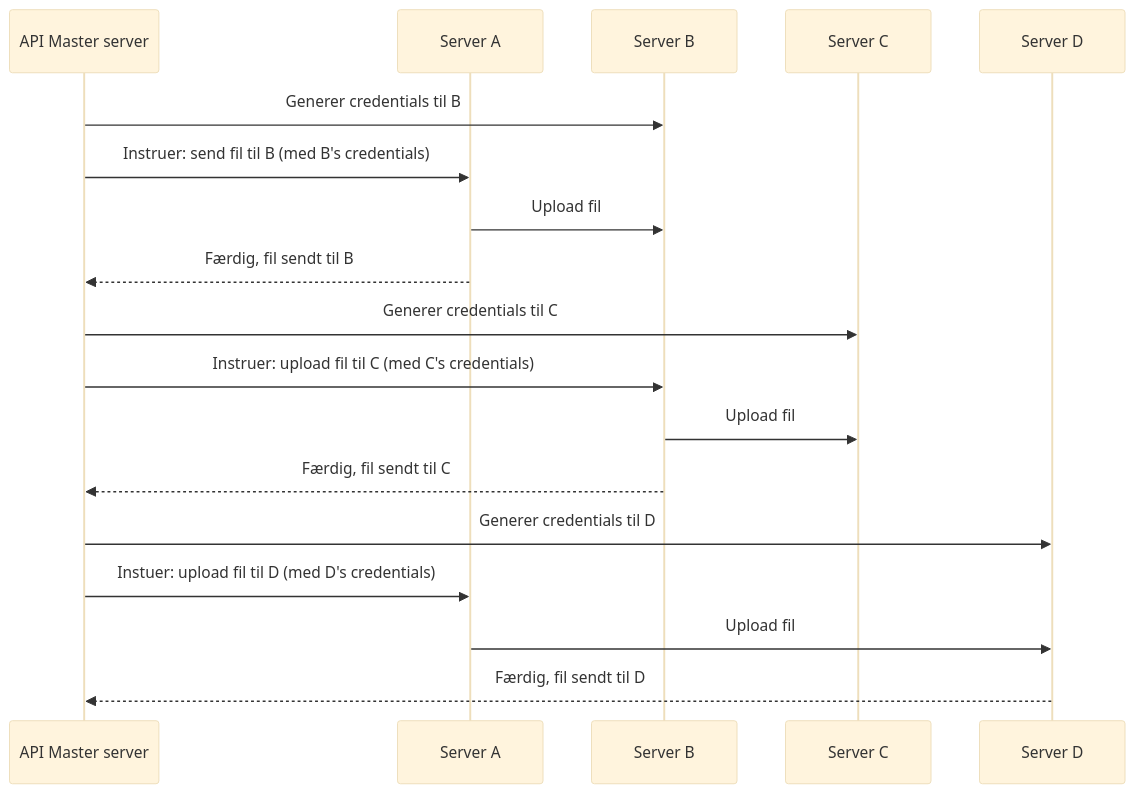
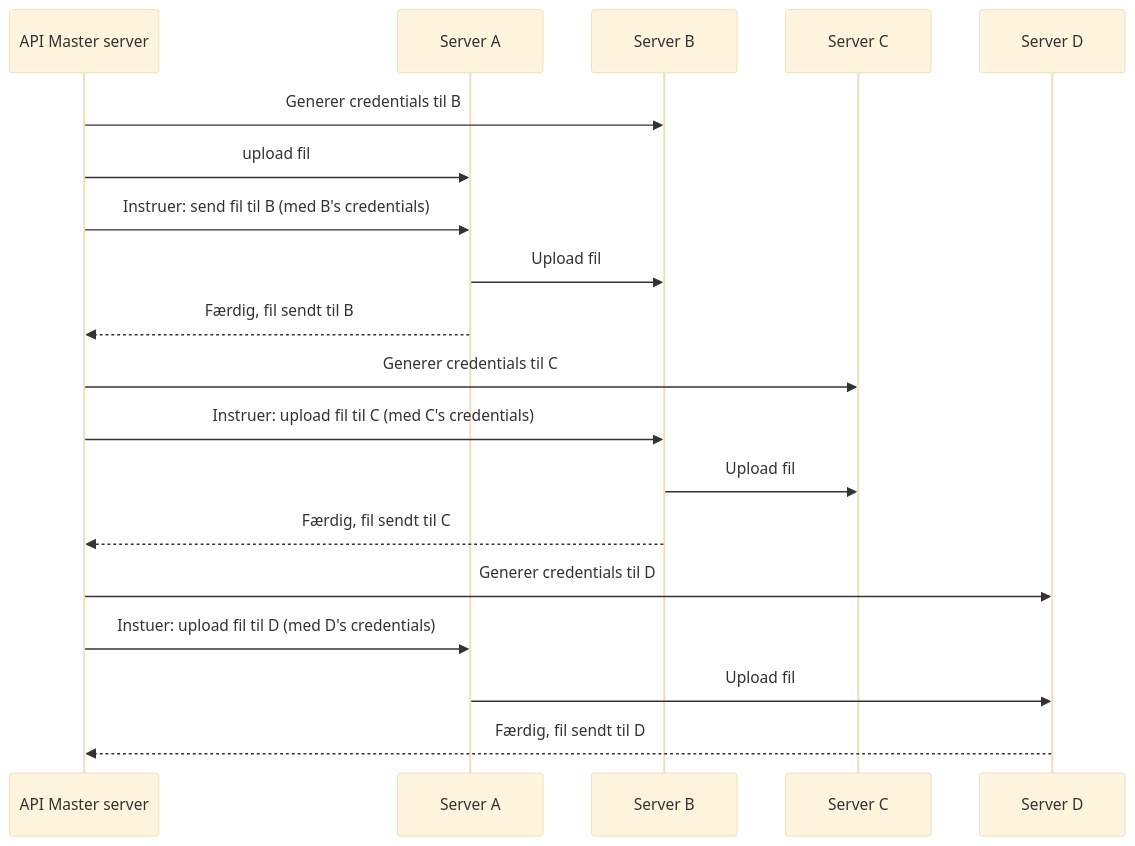
One commit to Fileodon/Diagram changed the diagram in fil-distribution-internal.mmd. Above: the diagram before and after it, drawn with Mermaid (base theme).

Commit message:
transfer file from api to a

```diff
--- a/fil-distribution-internal.mmd
+++ b/fil-distribution-internal.mmd
@@ -1,22 +1,23 @@
 
 sequenceDiagram
     participant API as API Master server
     participant A as Server A
     participant B as Server B
     participant C as Server C
 	participant D as Server D
 
     API->>B: Generer credentials til B
+    API->>A: upload fil
     API->>A: Instruer: send fil til B (med B's credentials)
     A->>B: Upload fil
     A-->>API: Færdig, fil sendt til B
 
     API->>C: Generer credentials til C
     API->>B: Instruer: upload fil til C (med C's credentials)
     B->>C: Upload fil
     B-->>API: Færdig, fil sendt til C
 
 	API->>D: Generer credentials til D
     API->>A: Instuer: upload fil til D (med D's credentials)
 	A->>D: Upload fil
     D-->>API: Færdig, fil sendt til D
```
